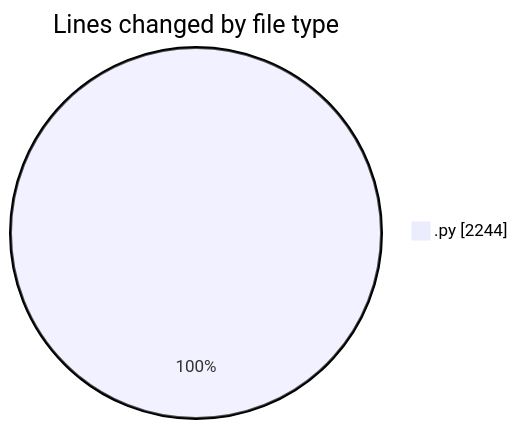
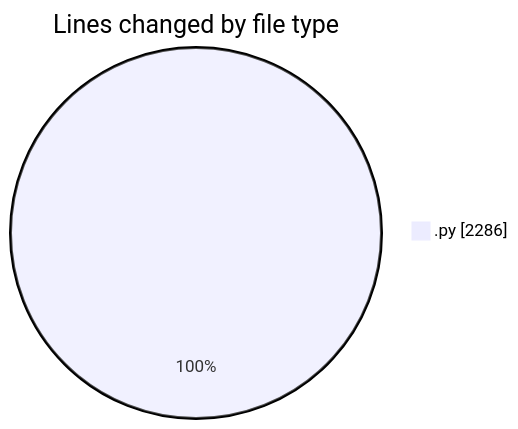
The first of 2 diagrams in 2025-04-12/myws__workspace_/README.md (MatusMokan/code-tracking), drawn with Mermaid before and after one commit. The commit also changed other lines of this file and 1 other file, not shown here.

````diff
--- a/2025-04-12/myws__workspace_/README.md
+++ b/2025-04-12/myws__workspace_/README.md
@@ -22,5 +23,5 @@
 ```mermaid
 pie showData
 title Lines changed by file type
-".py" : 2244
+".py" : 2286
 ```
````
